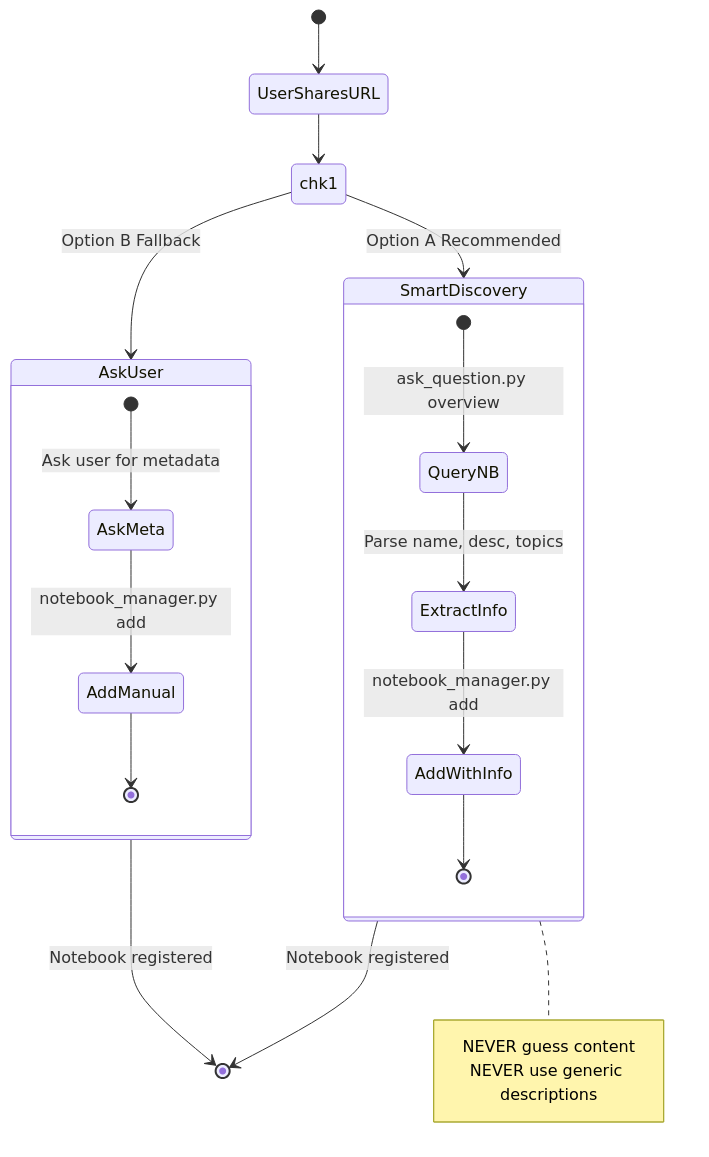
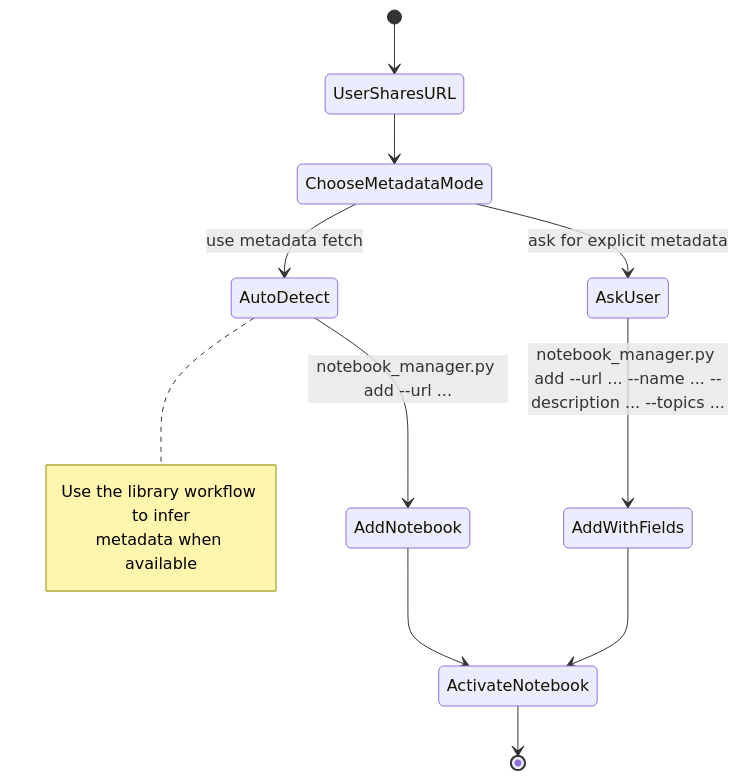
One commit to khengyun/notebooklm-experts-skill changed the second of 11 diagrams in references/usage_patterns.md. Above: the diagram before and after it, drawn with Mermaid. The commit also changed other lines of this file and 23 other files, not shown here.

````diff
--- a/references/usage_patterns.md
+++ b/references/usage_patterns.md
@@ -38,30 +33,21 @@
 ```mermaid
 stateDiagram-v2
     [*] --> UserSharesURL
 
-    UserSharesURL --> chk1
-    state chk1 <<choice>>
-    chk1 --> SmartDiscovery: Option A Recommended
-    chk1 --> AskUser: Option B Fallback
+    UserSharesURL --> ChooseMetadataMode
+    state ChooseMetadataMode <<choice>>
+    ChooseMetadataMode --> AutoDetect: use metadata fetch
+    ChooseMetadataMode --> AskUser: ask for explicit metadata
 
-    state SmartDiscovery {
-        [*] --> QueryNB: ask_question.py overview
-        QueryNB --> ExtractInfo: Parse name, desc, topics
-        ExtractInfo --> AddWithInfo: notebook_manager.py add
-        AddWithInfo --> [*]
-    }
+    AutoDetect --> AddNotebook: notebook_manager.py add --url ...
+    AskUser --> AddWithFields: notebook_manager.py add --url ... --name ... --description ... --topics ...
 
-    state AskUser {
-        [*] --> AskMeta: Ask user for metadata
-        AskMeta --> AddManual: notebook_manager.py add
-        AddManual --> [*]
-    }
+    AddNotebook --> ActivateNotebook
+    AddWithFields --> ActivateNotebook
+    ActivateNotebook --> [*]
 
-    SmartDiscovery --> [*]: Notebook registered
-    AskUser --> [*]: Notebook registered
-
-    note right of SmartDiscovery
-        NEVER guess content
-        NEVER use generic descriptions
+    note right of AutoDetect
+        Use the library workflow to infer
+        metadata when available
     end note
 ```
````
